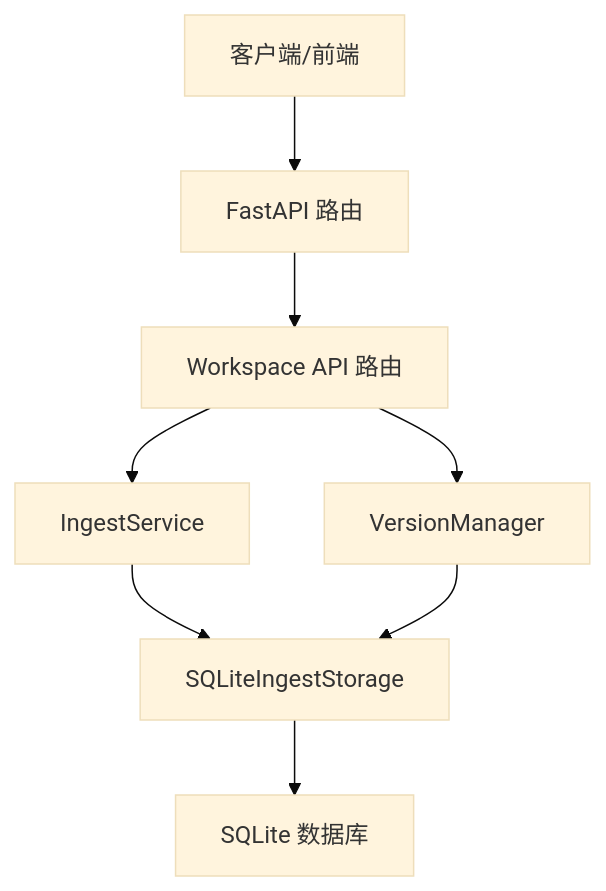
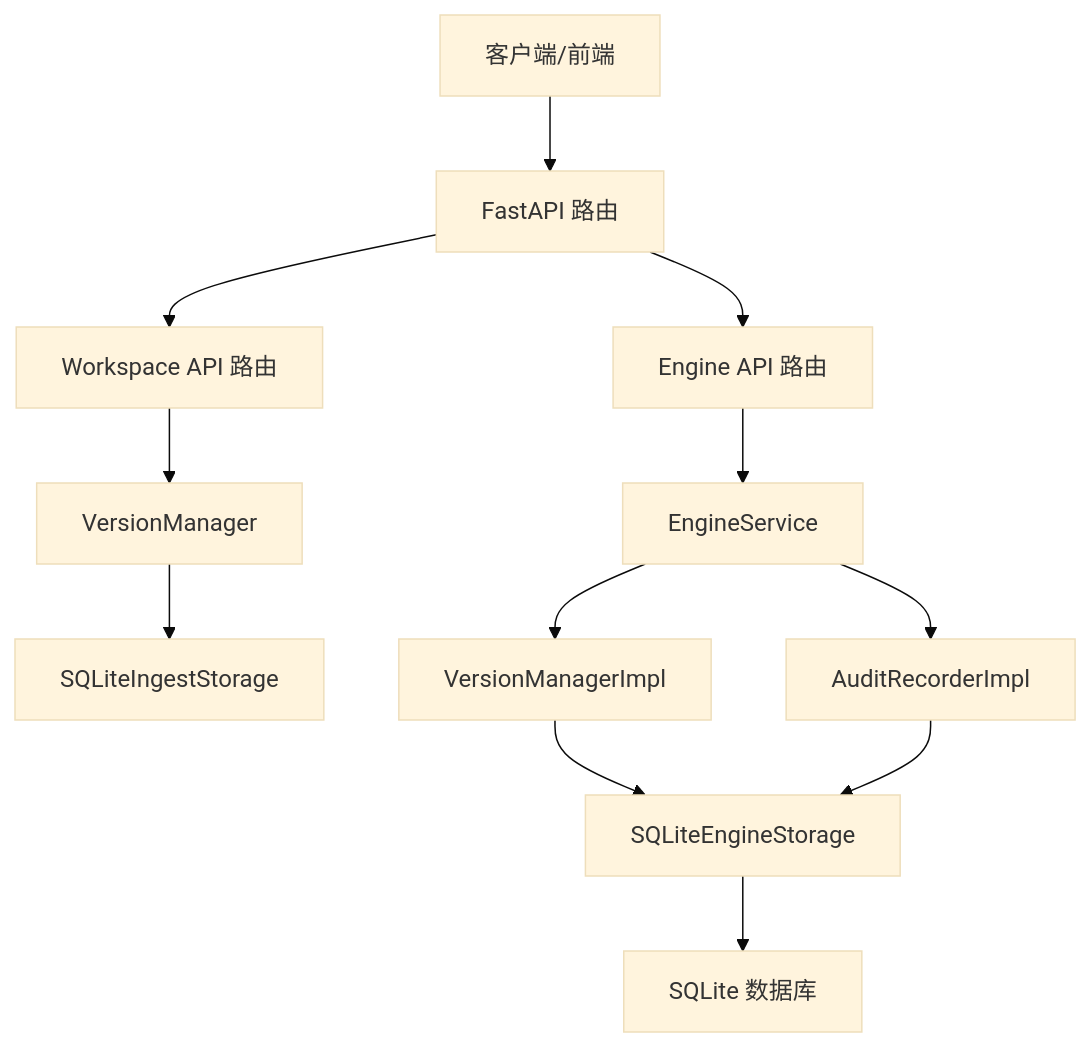
Before and after one commit to inier/ontology-graphiti: the second of 9 diagrams in .qoder/repowiki/zh/content/项目概述/核心特性/OMS元模型框架/本体文档管理.md, drawn with Mermaid (base theme). The commit also changed other lines of this file and 56 other files, not shown here.

````diff
--- a/.qoder/repowiki/zh/content/项目概述/核心特性/OMS元模型框架/本体文档管理.md
+++ b/.qoder/repowiki/zh/content/项目概述/核心特性/OMS元模型框架/本体文档管理.md
@@ -111,10 +162,14 @@
 ```mermaid
 graph TB
 Client["客户端/前端"] --> API["FastAPI 路由"]
 API --> WS["Workspace API 路由"]
+API --> ES["Engine API 路由"]
 WS --> VS["VersionManager"]
-WS --> IS["IngestService"]
-IS --> SIS["SQLiteIngestStorage"]
-VS --> SIS
-SIS --> DB["SQLite 数据库"]
+ES --> ENG["EngineService"]
+VS --> SIS["SQLiteIngestStorage"]
+ENG --> VMI["VersionManagerImpl"]
+ENG --> AR["AuditRecorderImpl"]
+VMI --> SES["SQLiteEngineStorage"]
+AR --> SES
+SES --> DB["SQLite 数据库"]
 ```
````
